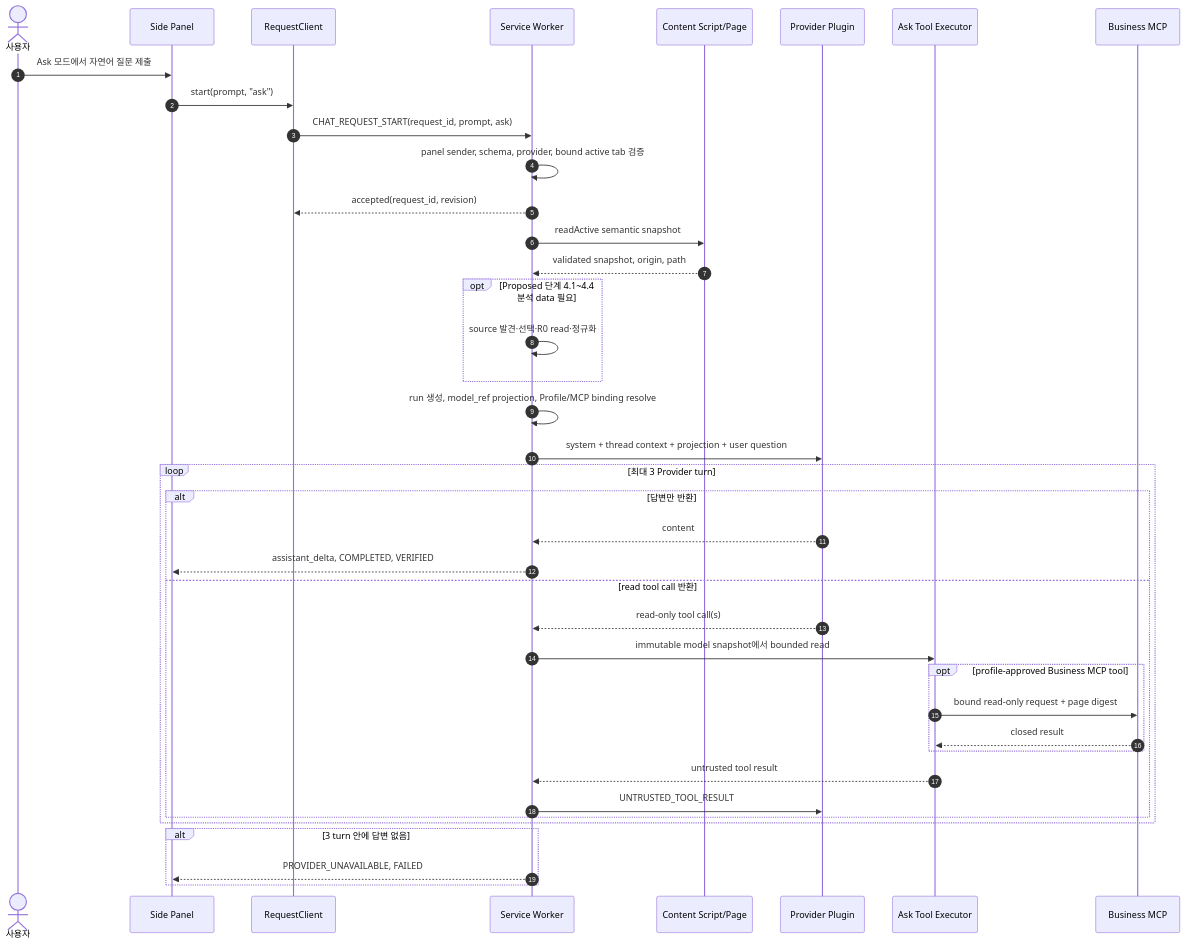
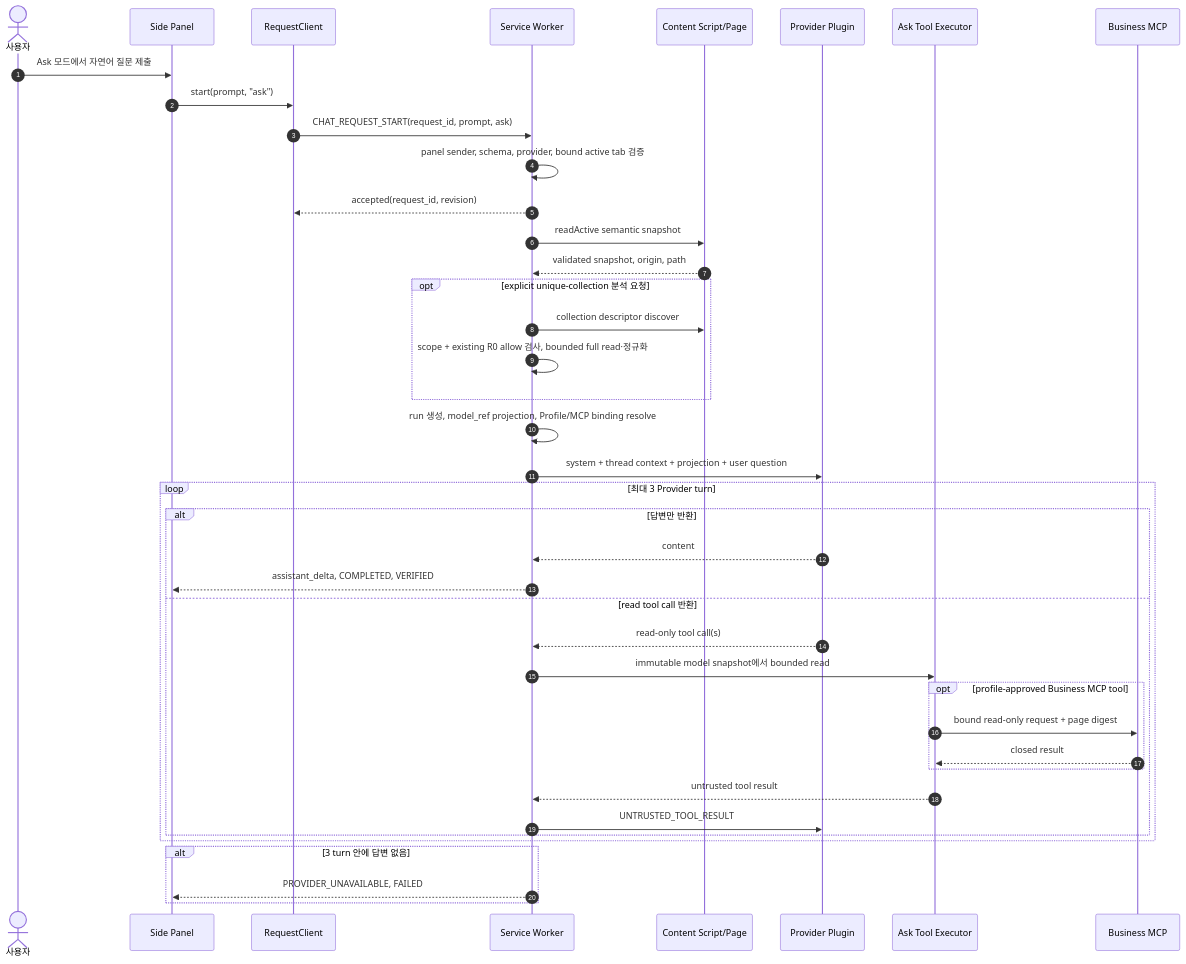
The first of 2 diagrams in docs/33-ask-request-execution-current-implementation.md (heungtae/ewap-browser), drawn with Mermaid before and after one commit. The commit also changed other lines of this file and 9 other files, not shown here.

Commit message:
feat(browser): reinject bounded collection analysis into Ask

````diff
--- a/docs/33-ask-request-execution-current-implementation.md
+++ b/docs/33-ask-request-execution-current-implementation.md
@@ -24,45 +24,46 @@
 ```mermaid
 sequenceDiagram
     autonumber
     actor User as 사용자
     participant Panel as Side Panel
     participant Client as RequestClient
     participant SW as Service Worker
     participant Page as Content Script/Page
     participant Provider as Provider Plugin
     participant Tool as Ask Tool Executor
     participant MCP as Business MCP
 
     User->>Panel: Ask 모드에서 자연어 질문 제출
     Panel->>Client: start(prompt, "ask")
     Client->>SW: CHAT_REQUEST_START(request_id, prompt, ask)
     SW->>SW: panel sender, schema, provider, bound active tab 검증
     SW-->>Client: accepted(request_id, revision)
     SW->>Page: readActive semantic snapshot
     Page-->>SW: validated snapshot, origin, path
-    opt Proposed 단계 4.1~4.4 분석 data 필요
-        SW->>SW: source 발견·선택·R0 read·정규화
+    opt explicit unique-collection 분석 요청
+        SW->>Page: collection descriptor discover
+        SW->>SW: scope + existing R0 allow 검사, bounded full read·정규화
     end
     SW->>SW: run 생성, model_ref projection, Profile/MCP binding resolve
     SW->>Provider: system + thread context + projection + user question
 
     loop 최대 3 Provider turn
         alt 답변만 반환
             Provider-->>SW: content
             SW-->>Panel: assistant_delta, COMPLETED, VERIFIED
         else read tool call 반환
             Provider-->>SW: read-only tool call(s)
             SW->>Tool: immutable model snapshot에서 bounded read
             opt profile-approved Business MCP tool
                 Tool->>MCP: bound read-only request + page digest
                 MCP-->>Tool: closed result
             end
             Tool-->>SW: untrusted tool result
             SW->>Provider: UNTRUSTED_TOOL_RESULT
         end
     end
 
     alt 3 turn 안에 답변 없음
         SW-->>Panel: PROVIDER_UNAVAILABLE, FAILED
     end
 ```
````
